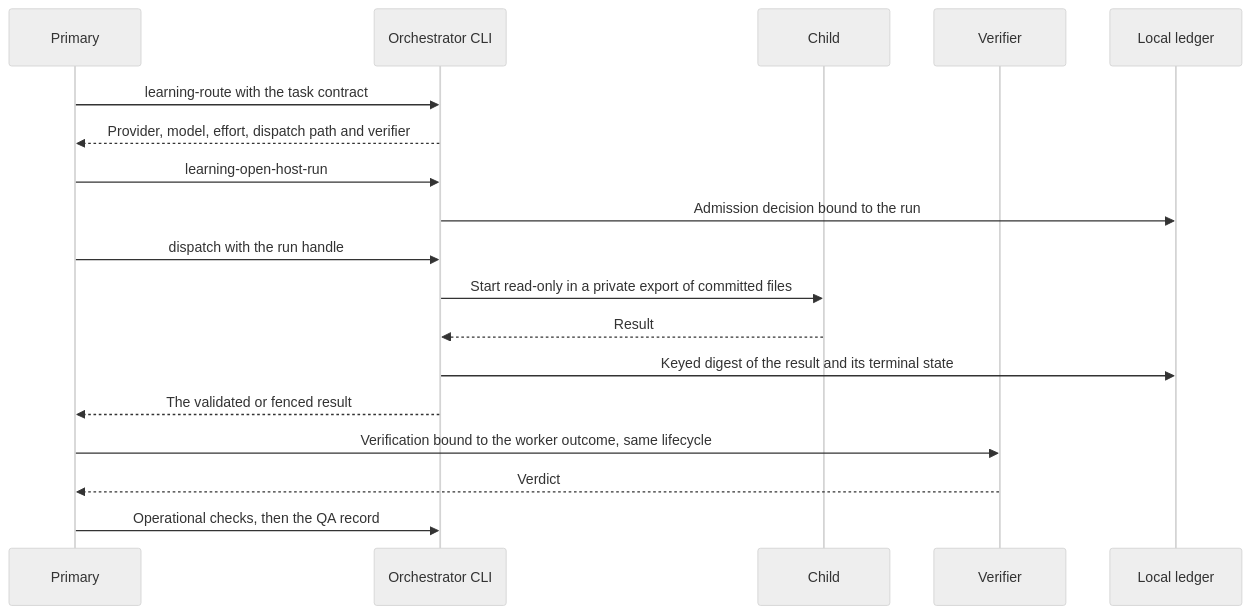
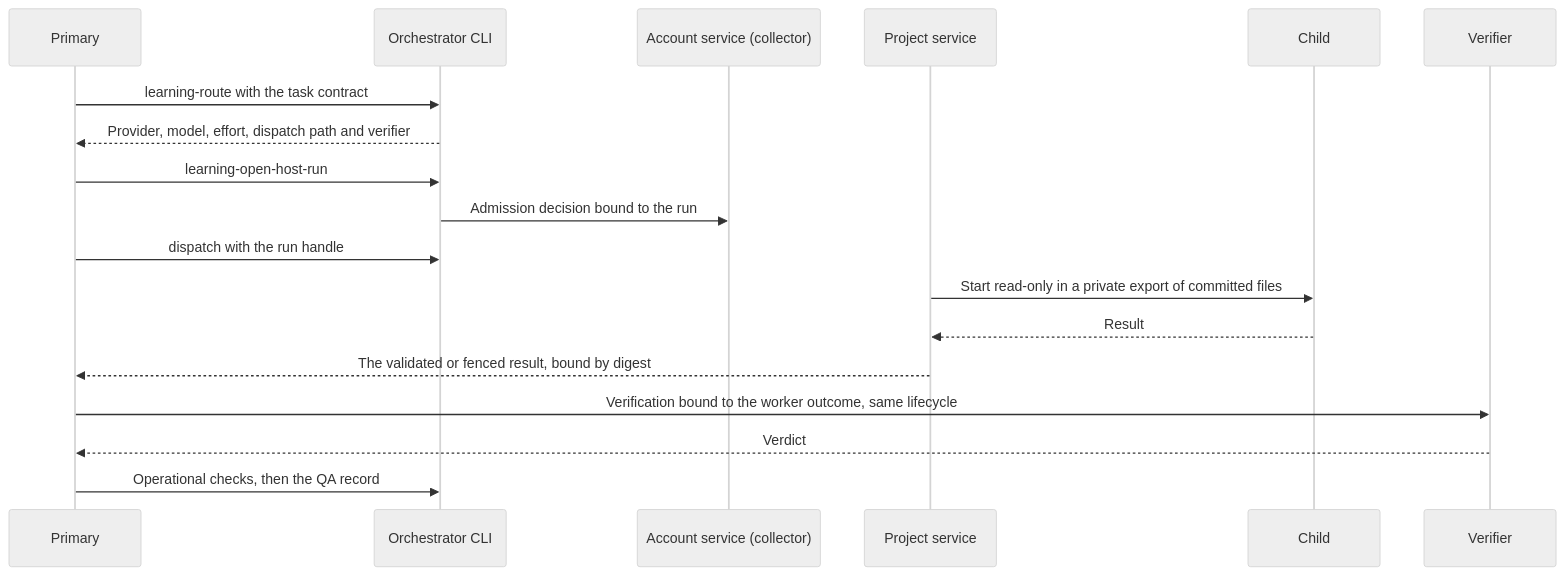
One commit to Lyderies/CoCoLo changed the second of 2 diagrams in docs/how-it-works.md. Above: the diagram before and after it, drawn with Mermaid (neutral theme). The commit also changed other lines of this file and 14 other files, not shown here.

````diff
--- a/docs/how-it-works.md
+++ b/docs/how-it-works.md
@@ -41,20 +46,20 @@
 ```mermaid
 sequenceDiagram
     participant P as Primary
     participant O as Orchestrator CLI
+    participant A as Account service (collector)
+    participant S as Project service
     participant C as Child
     participant V as Verifier
-    participant L as Local ledger
     P->>O: learning-route with the task contract
     O-->>P: Provider, model, effort, dispatch path and verifier
     P->>O: learning-open-host-run
-    O->>L: Admission decision bound to the run
+    O->>A: Admission decision bound to the run
     P->>O: dispatch with the run handle
-    O->>C: Start read-only in a private export of committed files
-    C-->>O: Result
-    O->>L: Keyed digest of the result and its terminal state
-    O-->>P: The validated or fenced result
+    S->>C: Start read-only in a private export of committed files
+    C-->>S: Result
+    S-->>P: The validated or fenced result, bound by digest
     P->>V: Verification bound to the worker outcome, same lifecycle
     V-->>P: Verdict
     P->>O: Operational checks, then the QA record
 ```
````
